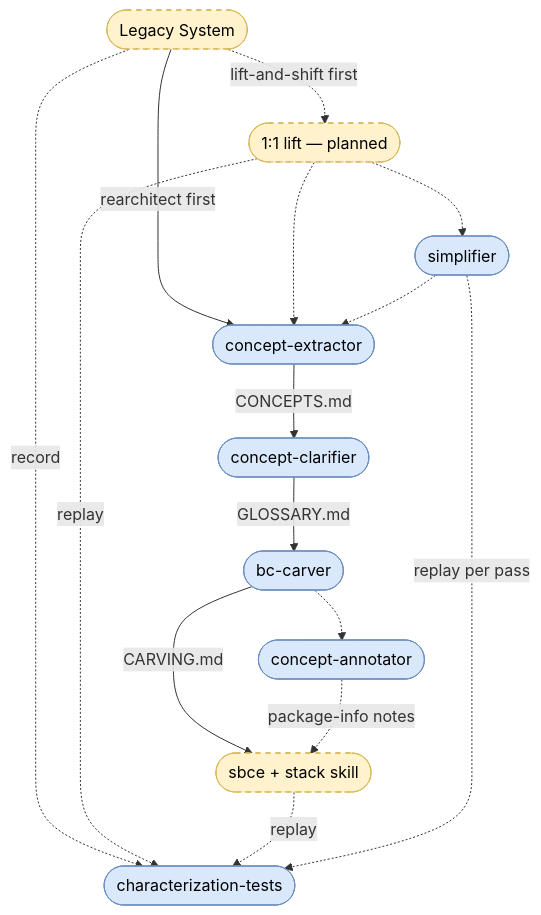
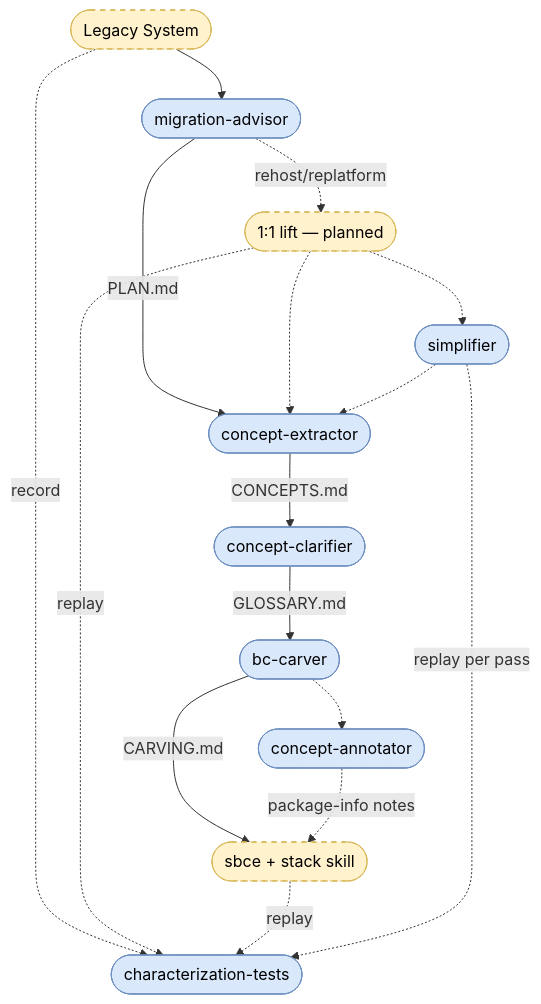
The diagram in migrations/README.md (AdamBien/airails), drawn with Mermaid before and after one commit. The commit also changed other lines of this file and 2 other files, not shown here.

Commit message:
migrations advisor created

````diff
--- a/migrations/README.md
+++ b/migrations/README.md
@@ -5,22 +5,23 @@
 ```mermaid
 graph TD
-    Legacy([Legacy System]) -->|rearchitect first| Extractor([concept-extractor])
-    Legacy -.->|lift-and-shift first| Lift([1:1 lift — planned])
+    Legacy([Legacy System]) --> Advisor([migration-advisor])
+    Advisor -->|PLAN.md| Extractor([concept-extractor])
+    Advisor -.->|rehost/replatform| Lift([1:1 lift — planned])
     Lift -.-> Extractor
     Extractor -->|CONCEPTS.md| Clarifier([concept-clarifier])
     Clarifier -->|GLOSSARY.md| Carver([bc-carver])
     Carver -->|CARVING.md| SBCE([sbce + stack skill])
     Carver -.-> Annotator([concept-annotator])
     Annotator -.->|package-info notes| SBCE
     Legacy -.->|record| Charact([characterization-tests])
     Lift -.->|replay| Charact
     SBCE -.->|replay| Charact
     Lift -.-> Simplifier([simplifier])
     Simplifier -.->|replay per pass| Charact
     Simplifier -.-> Extractor
 
     classDef bc fill:#dae8fc,stroke:#6c8ebf,color:#000
     classDef ext fill:#fff2cc,stroke:#d6b656,color:#000,stroke-dasharray:5 5
-    class Extractor,Clarifier,Carver,Annotator,Charact,Simplifier bc
+    class Advisor,Extractor,Clarifier,Carver,Annotator,Charact,Simplifier bc
     class Legacy,Lift,SBCE ext
 ```
````
